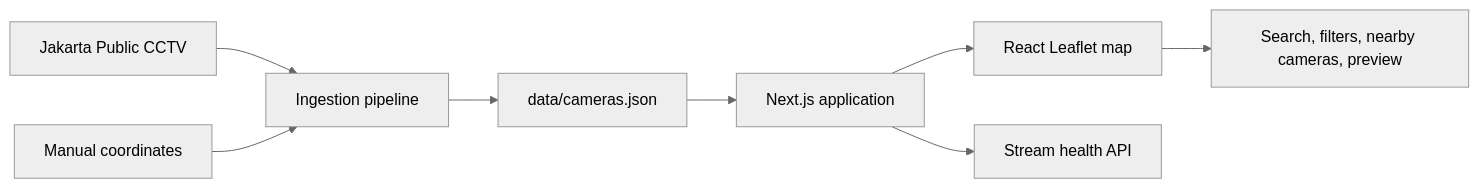
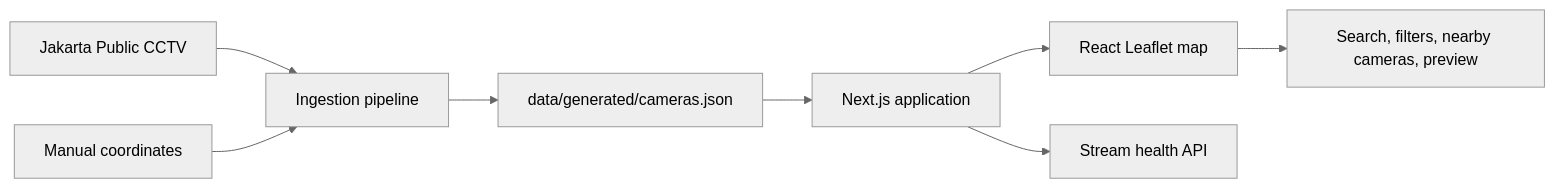
The first of 2 diagrams in README.md (said-rasidin/jakarta-cctv-map), drawn with Mermaid (neutral theme) before and after one commit. The commit also changed other lines of this file and 41 other files, not shown here.

````diff
--- a/README.md
+++ b/README.md
@@ -41,10 +41,10 @@
 ```mermaid
 flowchart LR
     A[Jakarta Public CCTV] --> D[Ingestion pipeline]
     C[Manual coordinates] --> D
-    D --> E[data/cameras.json]
+    D --> E[data/generated/cameras.json]
     E --> F[Next.js application]
     F --> G[React Leaflet map]
     F --> H[Stream health API]
     G --> I[Search, filters, nearby cameras, preview]
 ```
````
